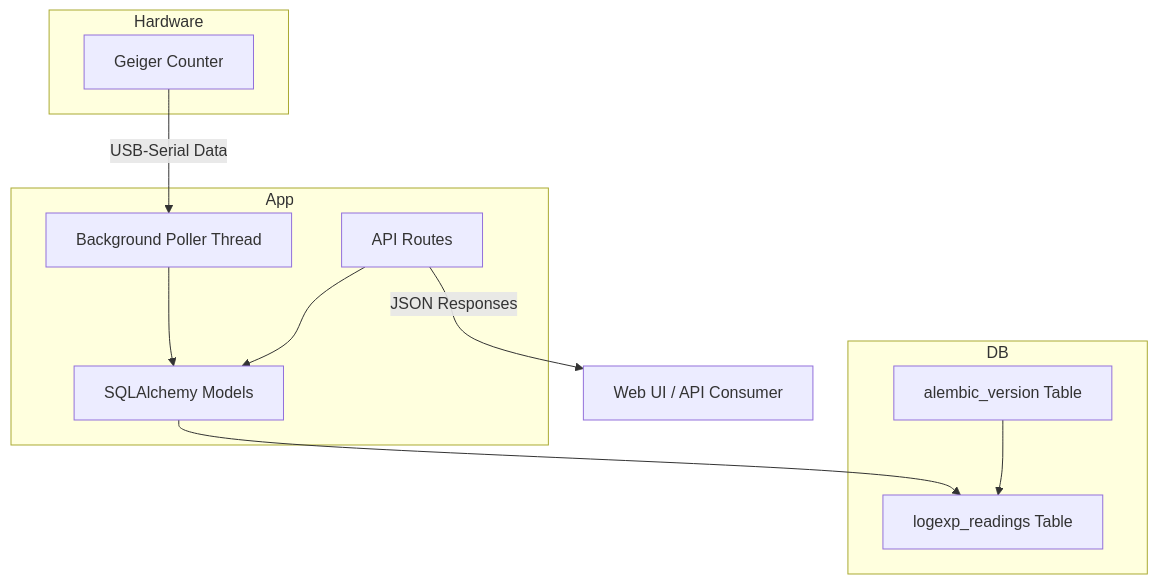
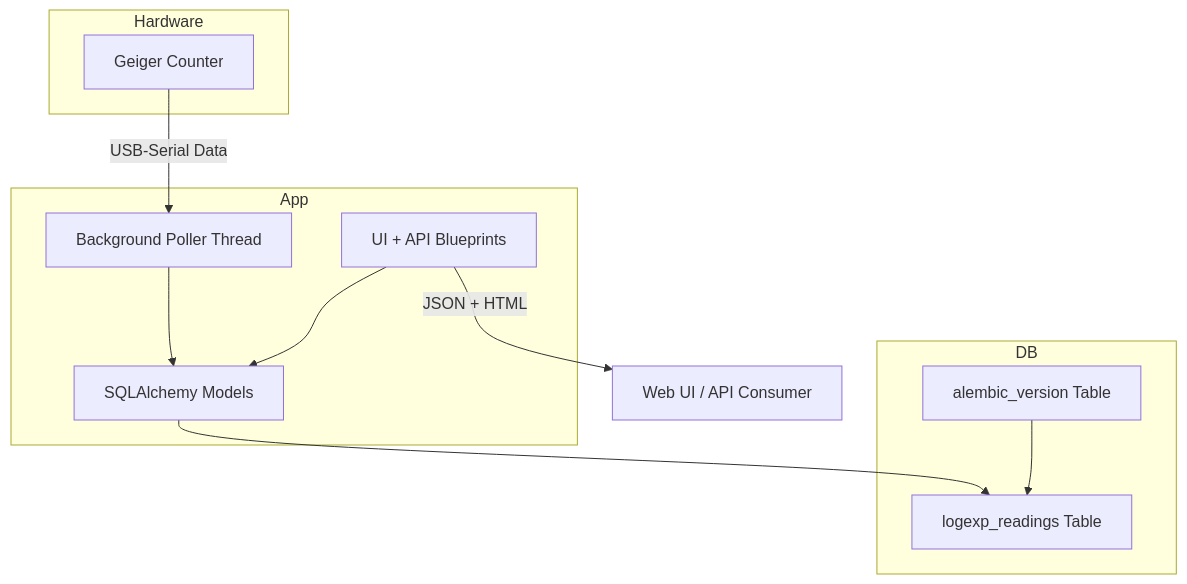
Before and after one commit to gaspode-wonder/logexp: the first of 2 diagrams in README.md, drawn with Mermaid. The commit also changed other lines of this file, not shown here.

````diff
--- a/README.md
+++ b/README.md
@@ -148,24 +157,24 @@
 ```mermaid
 flowchart TD
     subgraph Hardware
         GC[Geiger Counter]
     end
 
     subgraph App
         Poller[Background Poller Thread]
-        Routes[API Routes]
+        Routes[UI + API Blueprints]
         Models[SQLAlchemy Models]
     end
 
     subgraph DB
         Table[logexp_readings Table]
         Alembic[alembic_version Table]
     end
 
     GC -->|USB-Serial Data| Poller
     Poller --> Models
     Models --> Table
     Routes --> Models
     Alembic --> Table
-    Routes -->|JSON Responses| Client[Web UI / API Consumer]
+    Routes -->|JSON + HTML| Client[Web UI / API Consumer]
 ```
````
